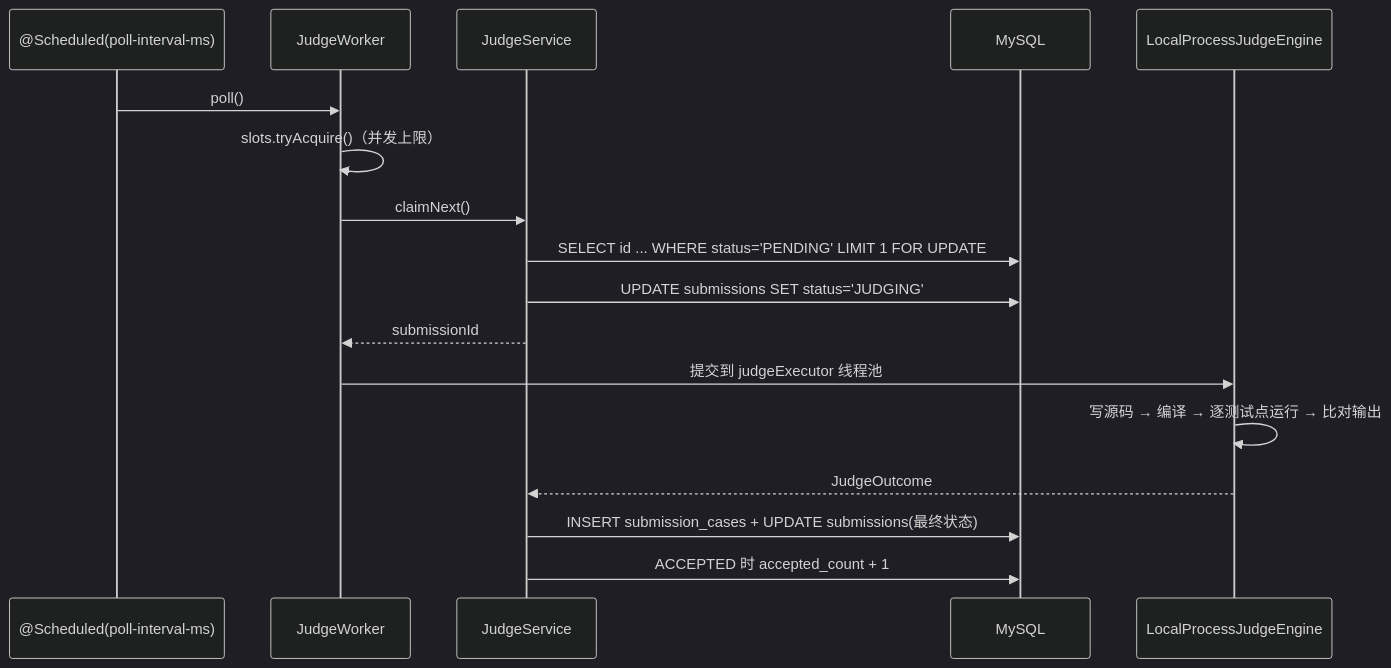
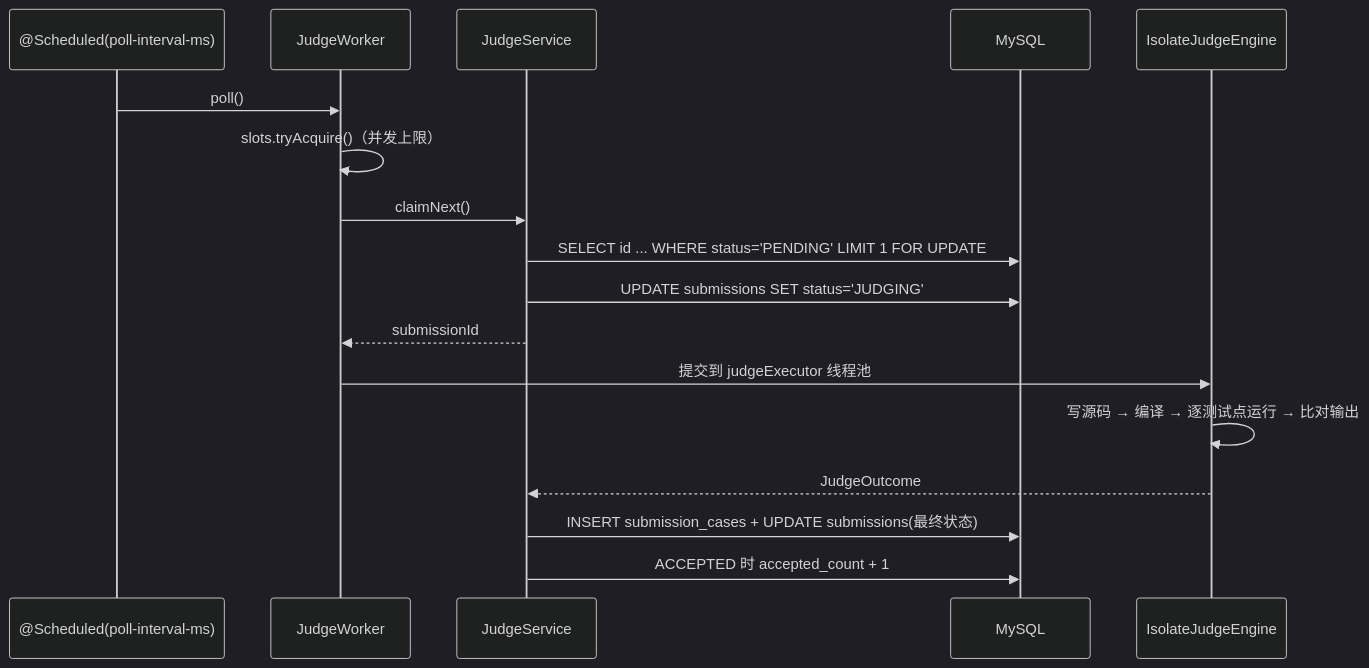
One commit to yucccxi/iOJ changed the third of 3 diagrams in docs/server/01-architecture.md. Above: the diagram before and after it, drawn with Mermaid (dark theme). The commit also changed other lines of this file and 89 other files, not shown here.

````diff
--- a/docs/server/01-architecture.md
+++ b/docs/server/01-architecture.md
@@ -96,20 +98,20 @@
 ```mermaid
 sequenceDiagram
     participant Sched as @Scheduled(poll-interval-ms)
     participant W as JudgeWorker
     participant JS as JudgeService
     participant DB as MySQL
-    participant E as LocalProcessJudgeEngine
+    participant E as IsolateJudgeEngine
 
     Sched->>W: poll()
     W->>W: slots.tryAcquire()（并发上限）
     W->>JS: claimNext()
     JS->>DB: SELECT id ... WHERE status='PENDING' LIMIT 1 FOR UPDATE
     JS->>DB: UPDATE submissions SET status='JUDGING'
     JS-->>W: submissionId
     W->>E: 提交到 judgeExecutor 线程池
     E->>E: 写源码 → 编译 → 逐测试点运行 → 比对输出
     E-->>JS: JudgeOutcome
     JS->>DB: INSERT submission_cases + UPDATE submissions(最终状态)
     JS->>DB: ACCEPTED 时 accepted_count + 1
 ```
````
